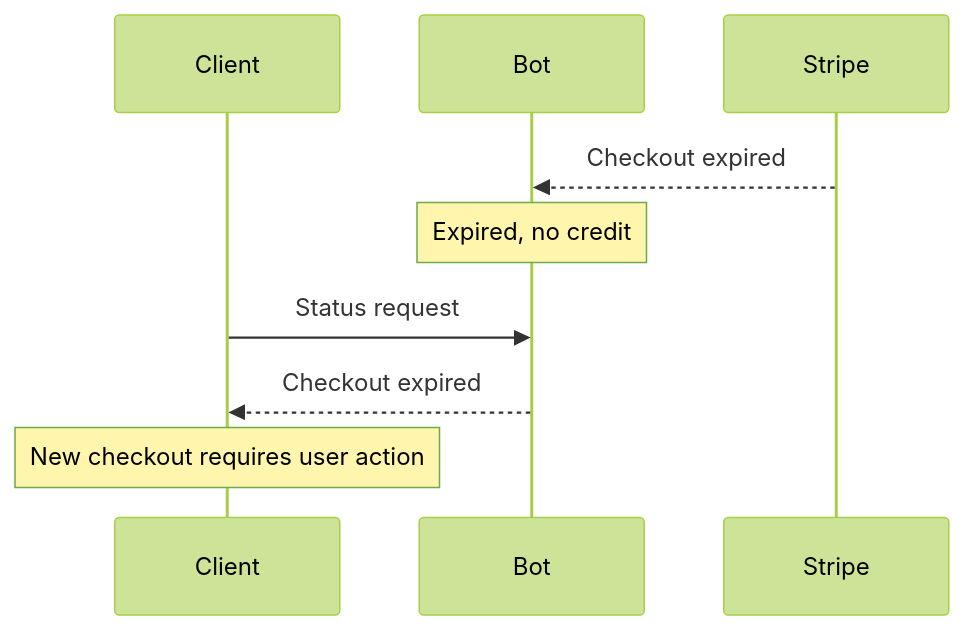
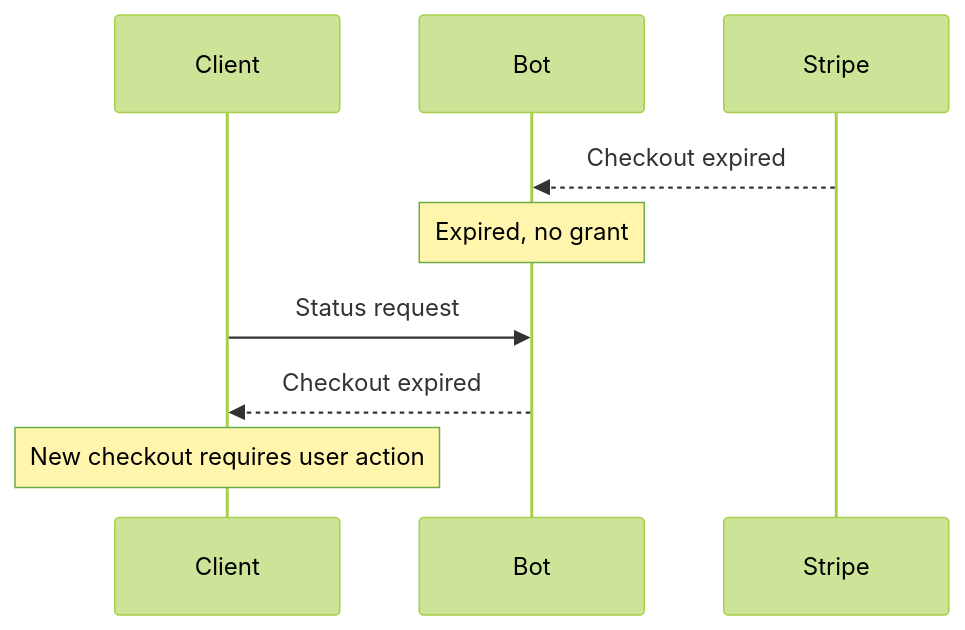
The ninth of 12 diagrams in plans/2026-07-20-supporter-badges-v2-product.md (simplex-chat/simplex-chat), drawn with Mermaid (forest theme) before and after one commit. The commit also changed other lines of this file and 4 other files, not shown here.

````diff
--- a/plans/2026-07-20-supporter-badges-v2-product.md
+++ b/plans/2026-07-20-supporter-badges-v2-product.md
@@ -240,11 +240,11 @@
 ```mermaid
 sequenceDiagram
   participant C as Client
   participant B as Bot
   participant S as Stripe
   S-->>B: Checkout expired
-  Note over B: Expired, no credit
+  Note over B: Expired, no grant
   C->>B: Status request
   B-->>C: Checkout expired
   Note over C: New checkout requires user action
 ```
````
